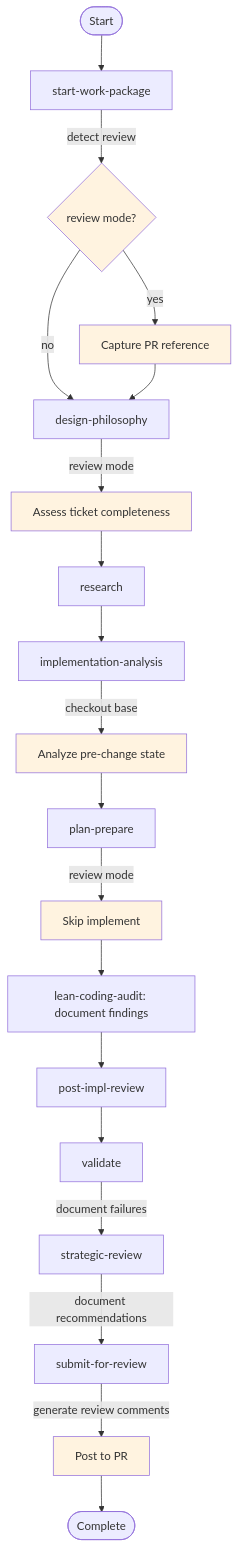
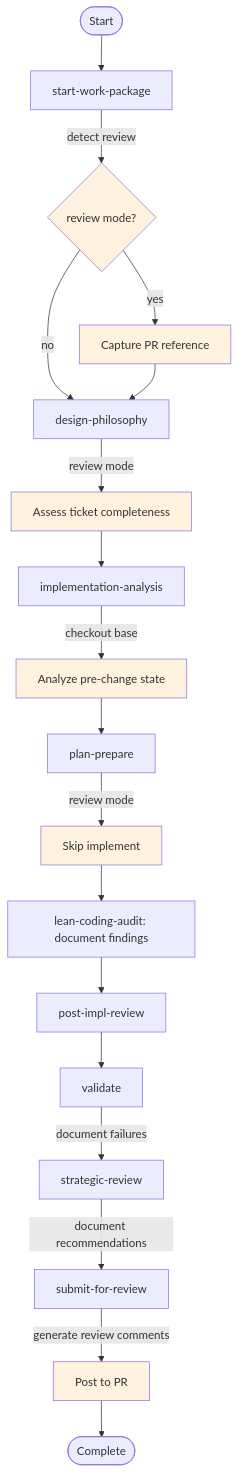
The diagram in work-package/REVIEW-MODE.md (m2ux/workflow-server), drawn with Mermaid before and after one commit. The commit also changed other lines of this file and 3 other files, not shown here.

````diff
--- a/work-package/REVIEW-MODE.md
+++ b/work-package/REVIEW-MODE.md
@@ -88,34 +88,32 @@
 ```mermaid
 graph TD
     Start([Start]) --> IM[start-work-package]
     IM -->|detect review| DETECT{review mode?}
     
     DETECT -->|yes| CAPTURE[Capture PR reference]
     DETECT -->|no| DP
     
     CAPTURE --> DP[design-philosophy]
     DP -->|review mode| TICKET[Assess ticket completeness]
-    TICKET --> RS[research]
-    
-    RS --> IA[implementation-analysis]
+    TICKET --> IA[implementation-analysis]
     IA -->|checkout base| BASELINE[Analyze pre-change state]
     BASELINE --> PP[plan-prepare]
     
     PP -->|review mode| SKIP_IMP[Skip implement]
     SKIP_IMP --> LCA[lean-coding-audit: document findings]
     LCA --> PIR[post-impl-review]
     
     PIR --> VAL[validate]
     VAL -->|document failures| SR[strategic-review]
     
     SR -->|document recommendations| UPR[submit-for-review]
     UPR -->|generate review comments| POST[Post to PR]
     POST --> Done([Complete])
     
     style DETECT fill:#fff3e0
     style CAPTURE fill:#fff3e0
     style TICKET fill:#fff3e0
     style BASELINE fill:#fff3e0
     style SKIP_IMP fill:#fff3e0
     style POST fill:#fff3e0
 ```
````
